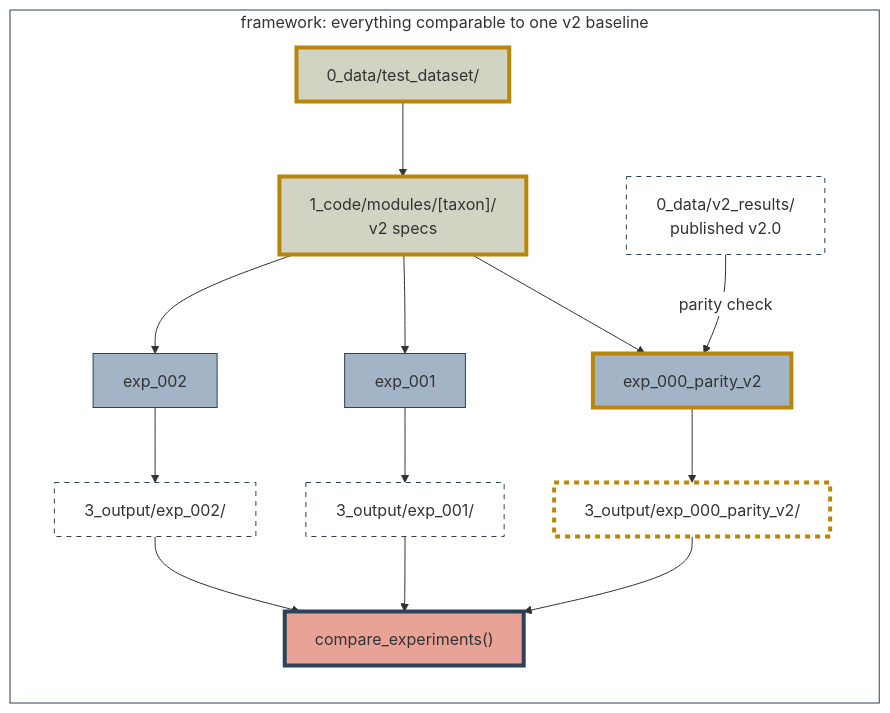
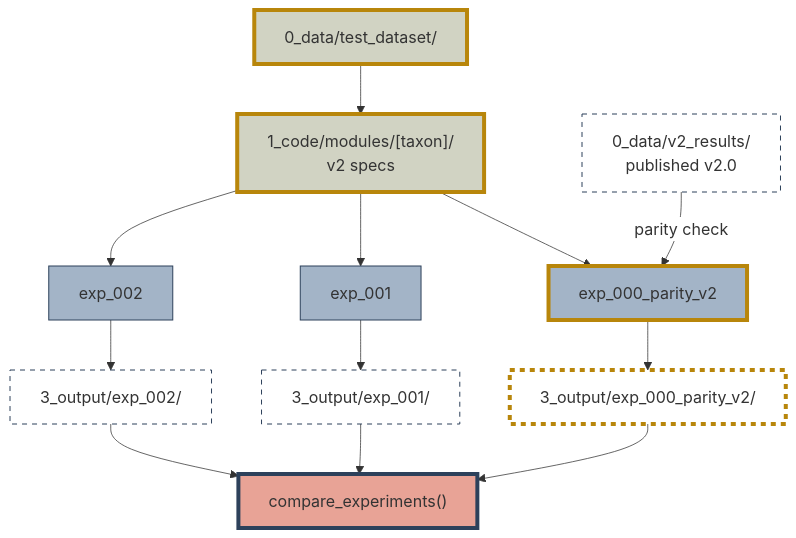
One commit to ABbiodiversity/sdmMethodsDev changed the second of 2 diagrams in README.md. Above: the diagram before and after it, drawn with Mermaid.

Commit message:
Refactor flowchart and update themeCSS in README

````diff
--- a/README.md
+++ b/README.md
@@ -130,46 +130,43 @@
 ```mermaid
 %% ----------------------------
 %% Everything comparable to one v2 baseline
 %% ----------------------------
 %%{init: {
   "look": "classic",
   "themeVariables": {"edgeLabelBackground": "#ffffff"},
-  "themeCSS": ".node rect, .node polygon, .node circle, .node path, .cluster rect, .edgeLabel, .label-container { filter: none !important; box-shadow: none !important; }"
+  "themeCSS": ".node rect, .node polygon, .node circle, .node path, .edgeLabel, .label-container { filter: none !important; box-shadow: none !important; }"
 }}%%
 flowchart TD
 
-    subgraph fw["framework: everything comparable to one v2 baseline"]
-        direction TB
-        D["0_data/test_dataset/"] --> M["1_code/modules/[taxon]/<br/>v2 specs"]
-        V2["0_data/v2_results/<br/>published v2.0"]
-        M --> E0["exp_000_parity_v2"]
-        M --> E1["exp_001"]
-        M --> E2["exp_002"]
-        V2 -->|"parity check"| E0
-        E0 --> O0["3_output/exp_000_parity_v2/"]
-        E1 --> O1["3_output/exp_001/"]
-        E2 --> O2["3_output/exp_002/"]
-        O0 --> C["compare_experiments()"]
-        O1 --> C
-        O2 --> C
-    end
+    D["0_data/test_dataset/"] --> M["1_code/modules/[taxon]/<br/>v2 specs"]
+    V2["0_data/v2_results/<br/>published v2.0"]
+    M --> E0["exp_000_parity_v2"]
+    M --> E1["exp_001"]
+    M --> E2["exp_002"]
+    V2 -->|"parity check"| E0
+    E0 --> O0["3_output/exp_000_parity_v2/"]
+    E1 --> O1["3_output/exp_001/"]
+    E2 --> O2["3_output/exp_002/"]
+    O0 --> C["compare_experiments()"]
+    O1 --> C
+    O2 --> C
 
     %% ----------------------------
     %% Styles
     %% ----------------------------
 
-    %% Container
-    style fw fill:none,stroke:#2D415B,stroke-width:1px
+    %% Connection lines
+    linkStyle default stroke-width:.75px
 
     %% Highlighted borders
     style D fill:#A4A88780,stroke:#B8860B,stroke-width:4px
     style M fill:#A4A88780,stroke:#B8860B,stroke-width:4px
     style V2 fill:#ffffff,stroke:#2D415B,stroke-width:1px,stroke-dasharray: 5 5
     style E0 fill:#A3B4C7,stroke:#B8860B,stroke-width:4px
     style E1 fill:#A3B4C7,stroke:#2D415B,stroke-width:1px
     style E2 fill:#A3B4C7,stroke:#2D415B,stroke-width:1px
     style O0 fill:#ffffff,stroke:#B8860B,stroke-width:4px,stroke-dasharray: 5 5
     style O1 fill:#ffffff,stroke:#2D415B,stroke-width:1px,stroke-dasharray: 5 5
     style O2 fill:#ffffff,stroke:#2D415B,stroke-width:1px,stroke-dasharray: 5 5
     style C fill:#E8A396,stroke:#2D415B,stroke-width:4px
 ```
````
